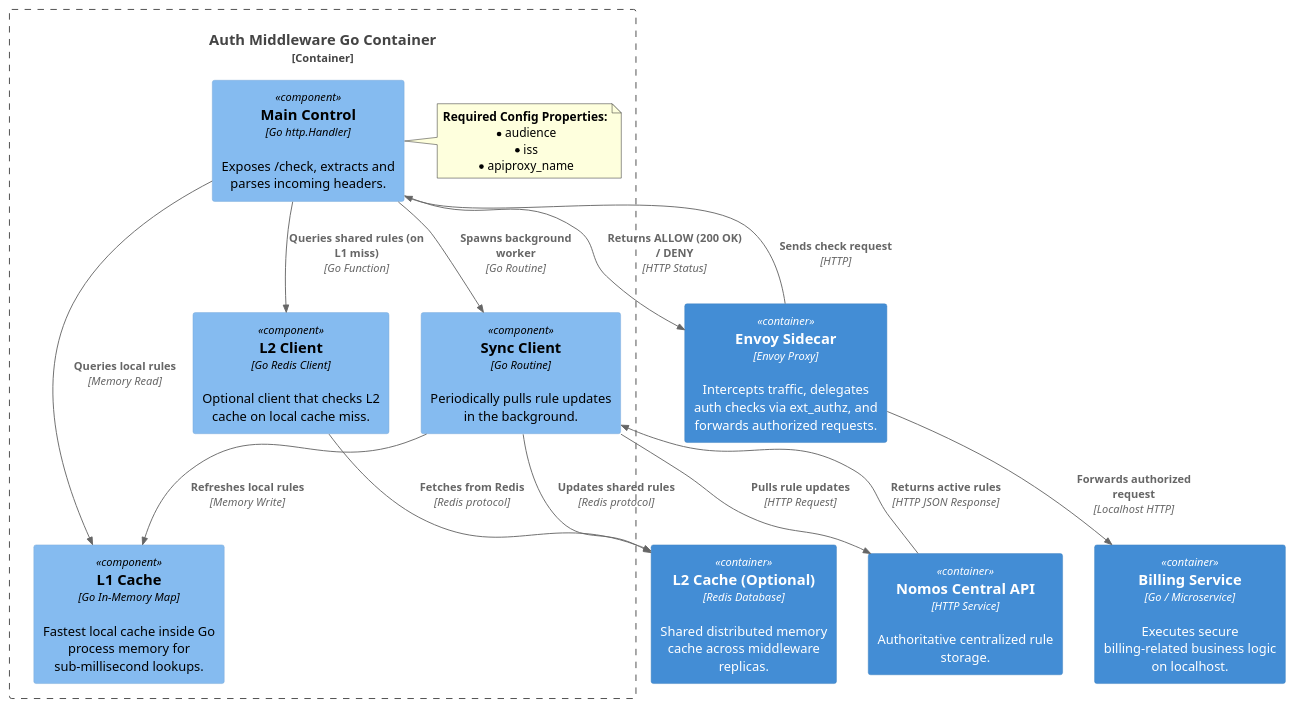
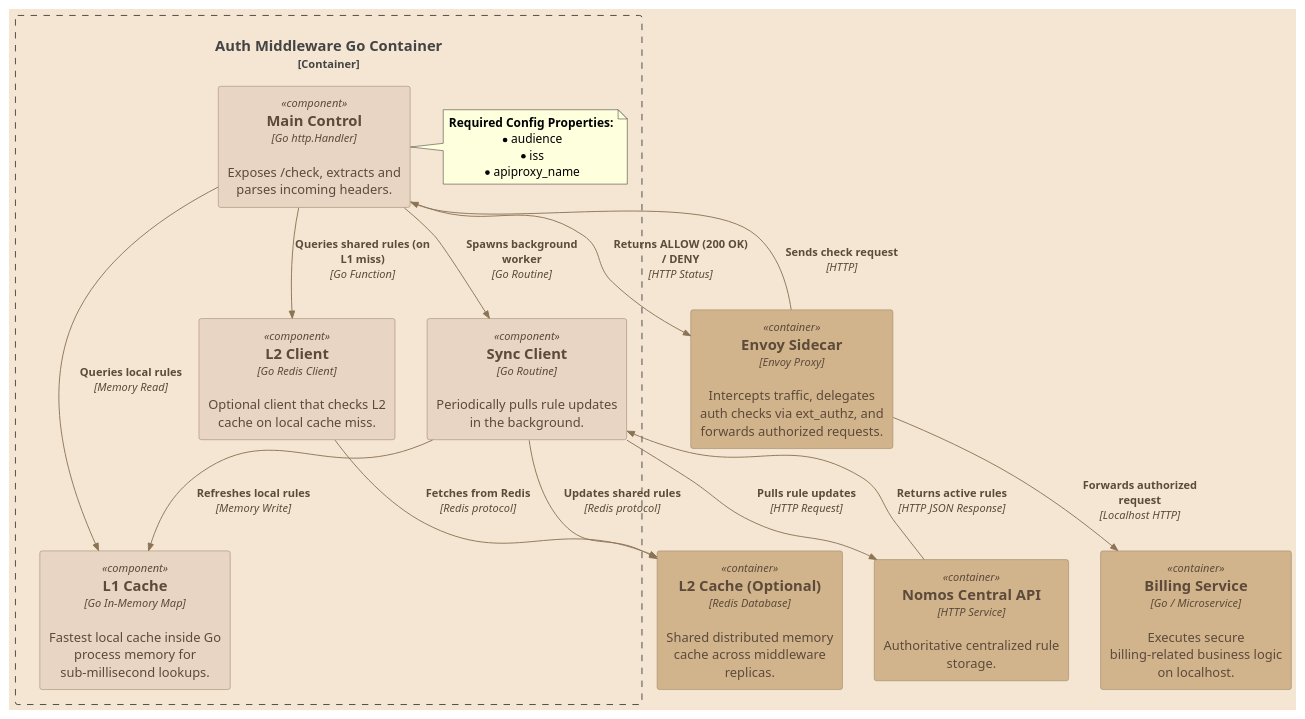
Before and after one commit to kiquetal/kiquetal.github.io: the diagram in public/blog/2026-08-08-auth-ext-middleware/c3-component.puml, drawn with PlantUML. The commit also changed 3 other files, not shown here.

Commit message:
feat: update C4 diagrams to include external backend interactions and enhance styling

```diff
--- a/public/blog/2026-08-08-auth-ext-middleware/c3-component.puml
+++ b/public/blog/2026-08-08-auth-ext-middleware/c3-component.puml
@@ -1,36 +1,44 @@
 @startuml
-!includeurl https://raw.githubusercontent.com/RicardoNiepel/C4-PlantUML/release/1-0/C4_Component.puml
+!include <C4/C4_Component>
+
+skinparam backgroundcolor #F5E6D3
+skinparam DefaultFontName "Courier New"
+
+UpdateElementStyle("person", $bgColor="#5C4A3A", $fontColor="#F5E6D3", $borderColor="#8B7355")
+UpdateElementStyle("container", $bgColor="#D2B48C", $fontColor="#5C4A3A", $borderColor="#8B7355")
+UpdateElementStyle("component", $bgColor="#E8D5C4", $fontColor="#5C4A3A", $borderColor="#8B7355")
+UpdateRelStyle($lineColor="#8B7355", $textColor="#5C4A3A")
 
 Container(sidecar, "Envoy Sidecar", "Envoy Proxy", "Intercepts traffic, delegates auth checks via ext_authz, and forwards authorized requests.")
 Container(backend, "Billing Service", "Go / Microservice", "Executes secure billing-related business logic on localhost.")
 
 Container_Boundary(middleware, "Auth Middleware Go Container") {
     Component(router, "Main Control", "Go http.Handler", "Exposes /check, extracts and parses incoming headers.")
     Component(l1, "L1 Cache", "Go In-Memory Map", "Fastest local cache inside Go process memory for sub-millisecond lookups.")
     Component(l2_client, "L2 Client", "Go Redis Client", "Optional client that checks L2 cache on local cache miss.")
     Component(sync, "Sync Client", "Go Routine", "Periodically pulls rule updates in the background.")
     
     note right of router
       **Required Config Properties:**
       * audience
       * iss
       * apiproxy_name
     end note
 }
 
 Container(redis, "L2 Cache (Optional)", "Redis Database", "Shared distributed memory cache across middleware replicas.")
 Container(nomos_api, "Nomos Central API", "HTTP Service", "Authoritative centralized rule storage.")
 
 Rel(sidecar, router, "Sends check request", "HTTP")
 Rel(router, l1, "Queries local rules", "Memory Read")
 Rel(router, l2_client, "Queries shared rules (on L1 miss)", "Go Function")
 Rel(l2_client, redis, "Fetches from Redis", "Redis protocol")
 Rel(sync, nomos_api, "Pulls rule updates", "HTTP Request")
 Rel(nomos_api, sync, "Returns active rules", "HTTP JSON Response")
 Rel(sync, l1, "Refreshes local rules", "Memory Write")
 Rel(sync, redis, "Updates shared rules", "Redis protocol")
 Rel(router, sidecar, "Returns ALLOW (200 OK) / DENY", "HTTP Status")
 Rel(sidecar, backend, "Forwards authorized request", "Localhost HTTP")
 Rel(router, sync, "Spawns background worker", "Go Routine")
 
 @enduml
```
